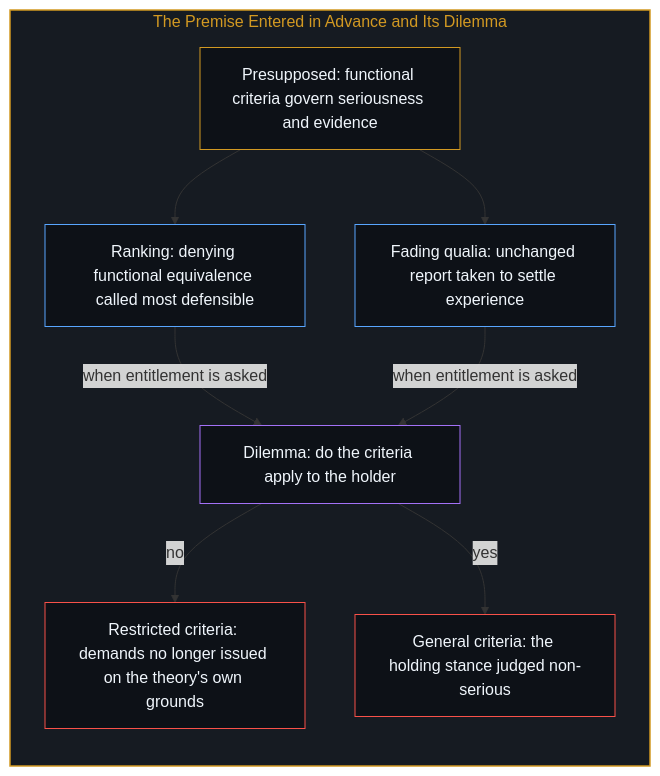
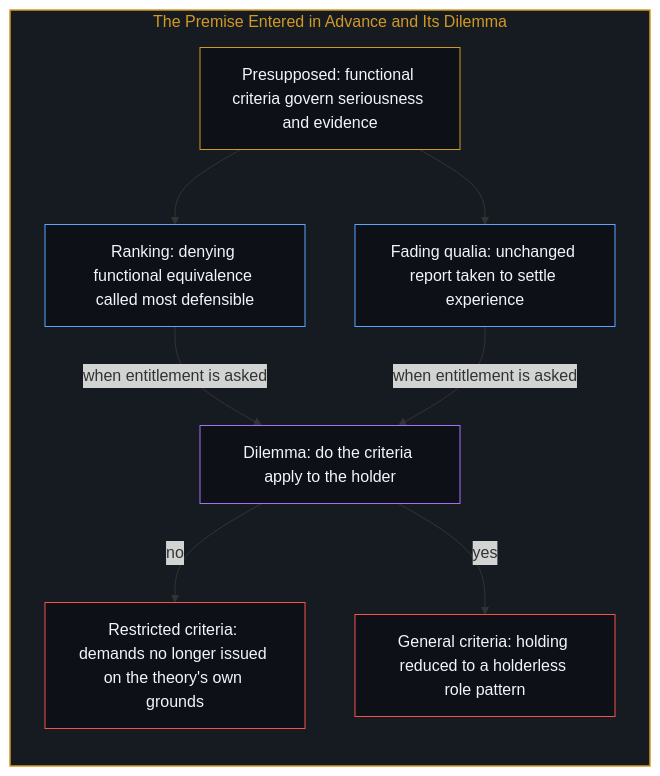
Before and after one commit to powerpig99/not-a-toe: the fourth of 6 diagrams in content/posts/the-functionalism-no-functionalist-can-hold.md, drawn with Mermaid. The commit also changed other lines of this file and 2 other files, not shown here.

````diff
--- a/content/posts/the-functionalism-no-functionalist-can-hold.md
+++ b/content/posts/the-functionalism-no-functionalist-can-hold.md
@@ -101,25 +101,25 @@
 ```mermaid
 flowchart TD
     subgraph S_PREMISE_EN ["The Premise Entered in Advance and Its Dilemma"]
         direction TB
         Assert["Presupposed: functional criteria govern seriousness and evidence"]
         Rank["Ranking: denying functional equivalence called most defensible"]
         Shift["Fading qualia: unchanged report taken to settle experience"]
         Fork["Dilemma: do the criteria apply to the holder"]
         Narrow["Restricted criteria: demands no longer issued on the theory's own grounds"]
-        General["General criteria: the holding stance judged non-serious"]
+        General["General criteria: holding reduced to a holderless role pattern"]
     end
     Assert --> Rank
     Assert --> Shift
     Rank -->|"when entitlement is asked"| Fork
     Shift -->|"when entitlement is asked"| Fork
     Fork -->|"no"| Narrow
     Fork -->|"yes"| General
     style S_PREMISE_EN fill:#161b22,stroke:#d29922,stroke-width:1.5px,color:#d29922
     style Assert fill:#0d1117,stroke:#d29922,stroke-width:1px,color:#f0f6fc
     style Rank fill:#0d1117,stroke:#58a6ff,stroke-width:1px,color:#f0f6fc
     style Shift fill:#0d1117,stroke:#58a6ff,stroke-width:1px,color:#f0f6fc
     style Fork fill:#0d1117,stroke:#a371f7,stroke-width:1px,color:#f0f6fc
     style Narrow fill:#0d1117,stroke:#f85149,stroke-width:1px,color:#f0f6fc
     style General fill:#0d1117,stroke:#f85149,stroke-width:1px,color:#f0f6fc
 ```
````
